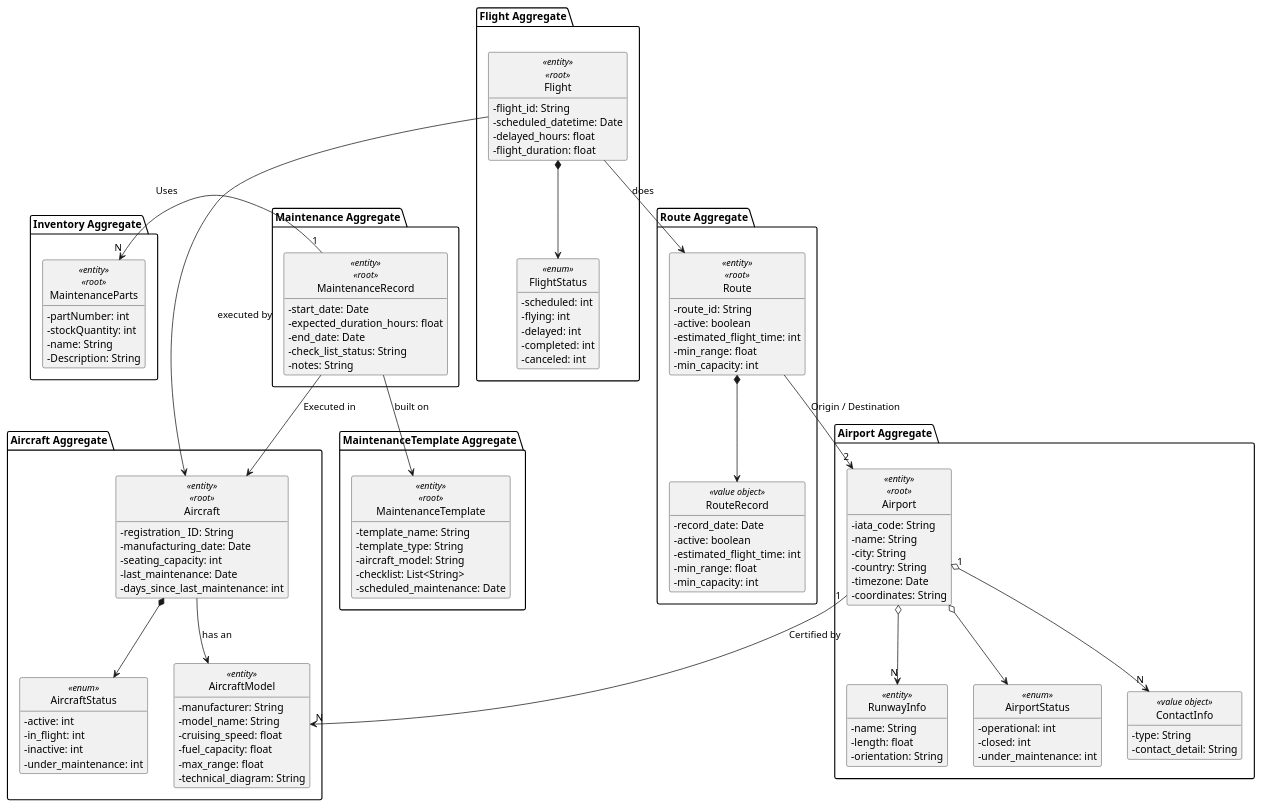
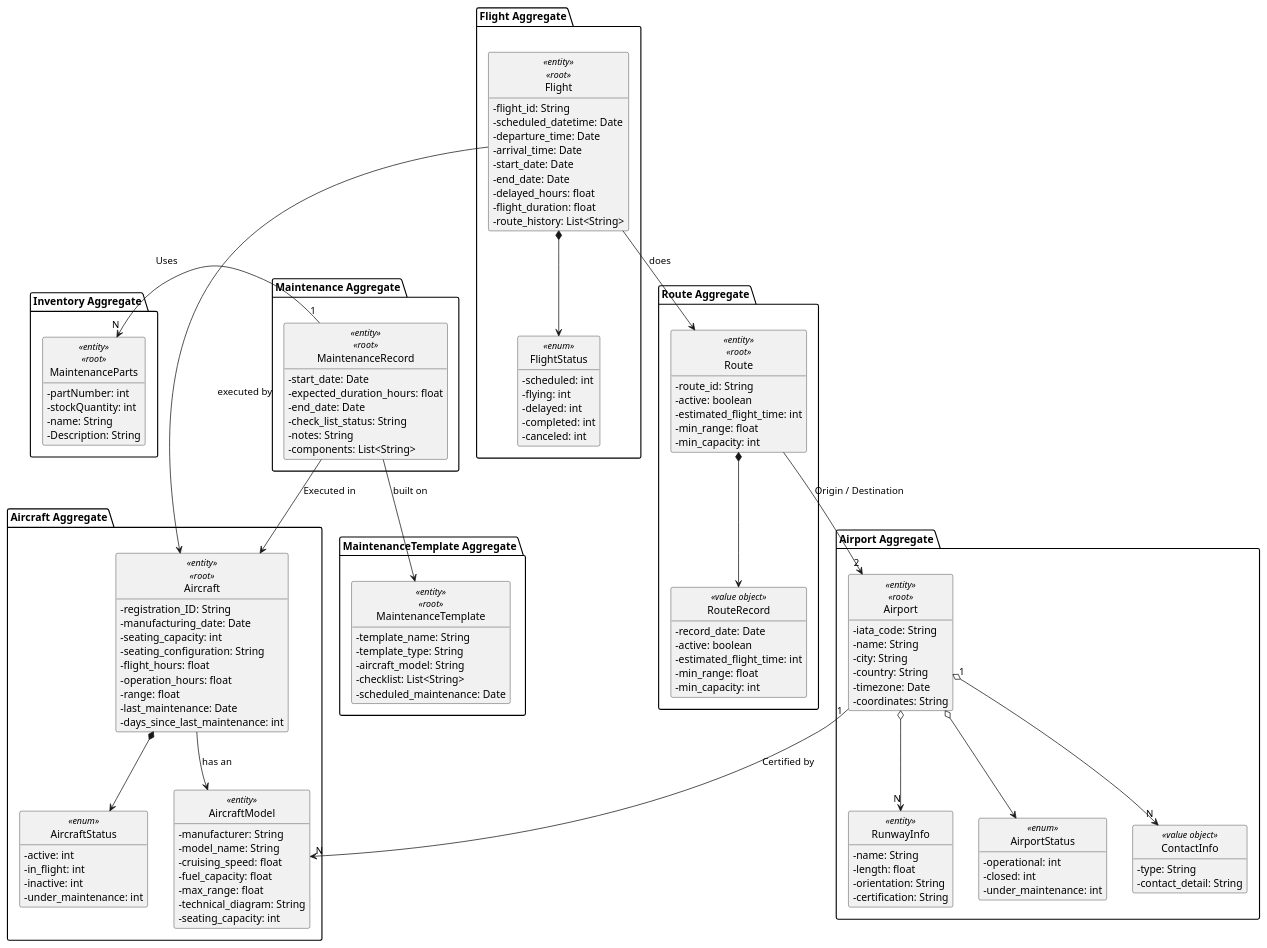
Before and after one commit to 20596Vitor/PSOFT_1232067_1230857_1241034: the diagram in docs/MD.puml, drawn with PlantUML. The commit also changed 5 other files, not shown here.

```diff
--- a/docs/MD.puml
+++ b/docs/MD.puml
@@ -1,155 +1,165 @@
 @startuml
 'https://plantuml.com/class-diagram
-
 
 hide circle
 hide methods
 skinparam classAttributeIconSize 0
 
 package "Aircraft Aggregate"{
 class AircraftModel <<entity>> {
     - manufacturer: String
     - model_name: String
     - cruising_speed: float
     - fuel_capacity: float
     - max_range: float
     - technical_diagram: String
+    - seating_capacity: int
 }
 
 class Aircraft <<entity>> <<root>> {
-    - registration_ ID: String
+    - registration_ID: String
     - manufacturing_date: Date
     - seating_capacity: int
+    - seating_configuration: String
+    - flight_hours: float
+    - operation_hours: float
+    - range: float
     - last_maintenance: Date
     - days_since_last_maintenance: int
 }
 
 Aircraft *--> AircraftStatus
 Aircraft --> AircraftModel : "has an"
 
 class AircraftStatus <<enum>> {
     - active: int
     - in_flight: int
     - inactive: int
     - under_maintenance: int
 }
 }
 
 package "Airport Aggregate" {
     class Airport <<entity>> <<root>> {
         - iata_code: String
         - name: String
         - city: String
         - country: String
         - timezone: Date
         - coordinates: String
     }
 
     Airport o--> "N" RunwayInfo
     Airport o--> AirportStatus
     Airport "1" o--> "N" ContactInfo
 
     class ContactInfo <<value object>> {
         - type: String
         - contact_detail: String
     }
 
     class RunwayInfo <<entity>> {
         - name: String
         - length: float
         - orientation: String
+        - certification: String
     }
 
     class AirportStatus <<enum>> {
         - operational: int
         - closed: int
         - under_maintenance: int
     }
 }
 
 package "Flight Aggregate"{
 
 
 class Flight <<entity>> <<root>> {
     - flight_id: String
     - scheduled_datetime: Date
+    - departure_time: Date
+    - arrival_time: Date
+    - start_date: Date
+    - end_date: Date
     - delayed_hours: float
     - flight_duration: float
+    - route_history: List<String>
 }
 
 Flight *--> FlightStatus
 
 
 class FlightStatus <<enum>> {
     - scheduled: int
     - flying: int
     - delayed: int
     - completed: int
     - canceled: int
 }
 }
 
 package "Route Aggregate"{
 class Route <<entity>> <<root>>{
     - route_id: String
     - active: boolean
     - estimated_flight_time: int
     - min_range: float
     - min_capacity: int
 }
 
 'duvida para o professor, há necessidade de ter um routeRecord??'
-
 class RouteRecord <<value object>>{
     - record_date: Date
     - active: boolean
     - estimated_flight_time: int
     - min_range: float
     - min_capacity: int
 }
 Route *--> RouteRecord
 }
 
 package "Maintenance Aggregate" {
 class MaintenanceRecord <<entity>> <<root>> {
     - start_date: Date
     - expected_duration_hours: float
     - end_date: Date
     - check_list_status: String
     - notes: String
+    - components: List<String>
 }
 }
 
 
 package "Inventory Aggregate"{
 
 class MaintenanceParts <<entity>> <<root>>  {
     - partNumber: int
     - stockQuantity: int
     - name: String
     - Description: String
 }
 
 }
 
 package "MaintenanceTemplate Aggregate"{
 class MaintenanceTemplate <<entity>> <<root>> {
     - template_name: String
     - template_type: String
     - aircraft_model: String
     - checklist: List<String>
     - scheduled_maintenance: Date
 }
 
 }
 
 
 MaintenanceParts "  N"  <- "1" MaintenanceRecord : "    Uses   "
 MaintenanceRecord --> MaintenanceTemplate : "built on"
 Airport "1" --> "N" AircraftModel : "Certified by   "
 Route --> "2" Airport : "Origin / Destination"
 MaintenanceRecord --> Aircraft : "Executed in"
 Flight --> Route : "does"
 Flight --> Aircraft : "executed by"
 
 @enduml
```
